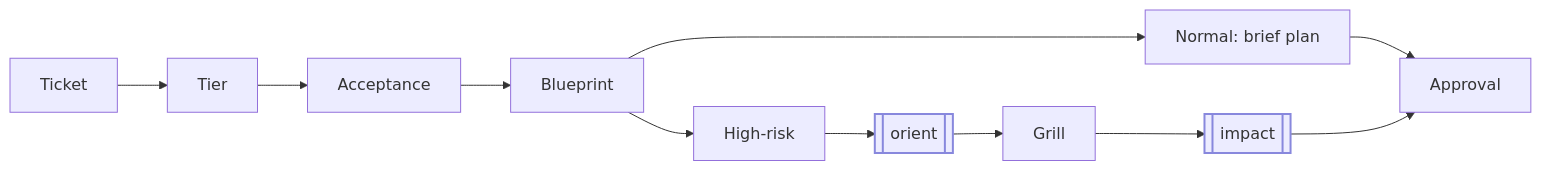
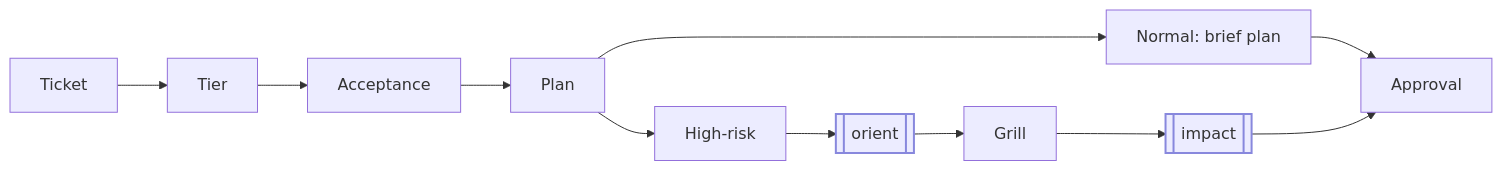
One commit to sunitghub/canon-skills changed the first of 2 diagrams in README.md. Above: the diagram before and after it, drawn with Mermaid. The commit also changed other lines of this file and 10 other files, not shown here.

````diff
--- a/README.md
+++ b/README.md
@@ -63,8 +86,8 @@
 ```mermaid
 flowchart LR
-    S1[Ticket] --> S2[Tier] --> S3[Acceptance] --> S4[Blueprint]
+    S1[Ticket] --> S2[Tier] --> S3[Acceptance] --> S4[Plan]
     S4 --> N[Normal: brief plan] --> S8[Approval]
     S4 --> H[High-risk] --> S5[[orient]] --> S6[Grill] --> S7[[impact]] --> S8
     classDef subskill stroke:#8888dd,stroke-width:2px
     class S5,S7 subskill
 ```
````
